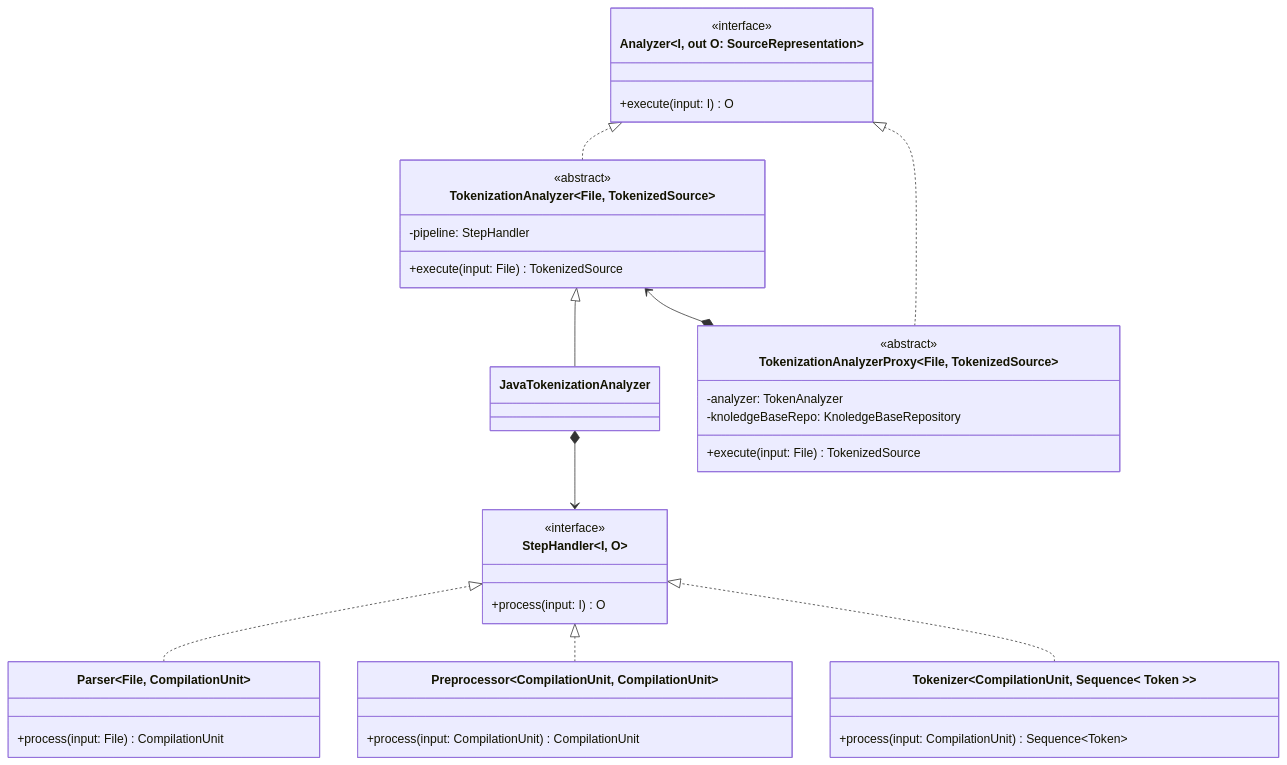
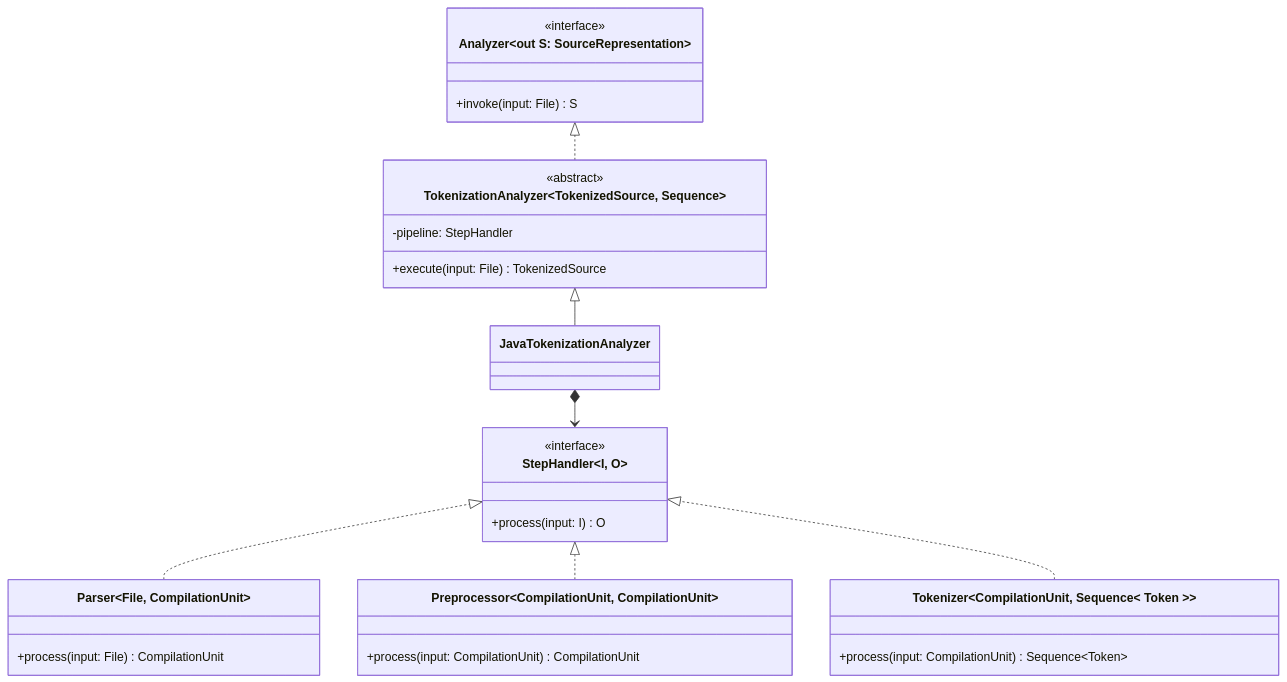
The seventh of 13 diagrams in doc.md (tassiLuca/code-plagiarism-detector-doc), drawn with Mermaid before and after one commit. The commit also changed other lines of this file, not shown here.

Commit message:
update schemas

````diff
--- a/doc.md
+++ b/doc.md
@@ -298,47 +317,38 @@
 ```mermaid 
 classDiagram
     direction BT
-    class Analyzer~I, out O: SourceRepresentation~ {
+    class Analyzer~out S: SourceRepresentation<T>~ {
         <<interface>>
-        +execute(input: I) O
+        +invoke(input: File) S
     }
 
     class StepHandler~I, O~ {
         <<interface>>
         +process(input: I) O
     }
 
     class Parser~File, CompilationUnit~ {
         +process(input: File) CompilationUnit
     }
     Parser ..|> StepHandler
 
     class Preprocessor~CompilationUnit, CompilationUnit~ {
         +process(input: CompilationUnit) CompilationUnit
     }
     Preprocessor ..|> StepHandler
 
     class Tokenizer~CompilationUnit, Sequence< Token >~ {
         +process(input: CompilationUnit) Sequence~Token~
     }
     Tokenizer ..|> StepHandler
 
-    class TokenizationAnalyzer~File, TokenizedSource~ {
+    class TokenizationAnalyzer~TokenizedSource, Sequence<Token>~ {
         <<abstract>>
         -pipeline: StepHandler
         +execute(input: File) TokenizedSource
     }
     TokenizationAnalyzer ..|> Analyzer
 
     JavaTokenizationAnalyzer --|> TokenizationAnalyzer
     StepHandler <--* JavaTokenizationAnalyzer
-
-    class TokenizationAnalyzerProxy~File, TokenizedSource~ {
-        <<abstract>>
-        -analyzer: TokenAnalyzer
-        -knoledgeBaseRepo: KnoledgeBaseRepository
-        +execute(input: File) TokenizedSource
-    }
-    TokenizationAnalyzerProxy ..|> Analyzer
-    TokenizationAnalyzerProxy *--> TokenizationAnalyzer
 ```
````
